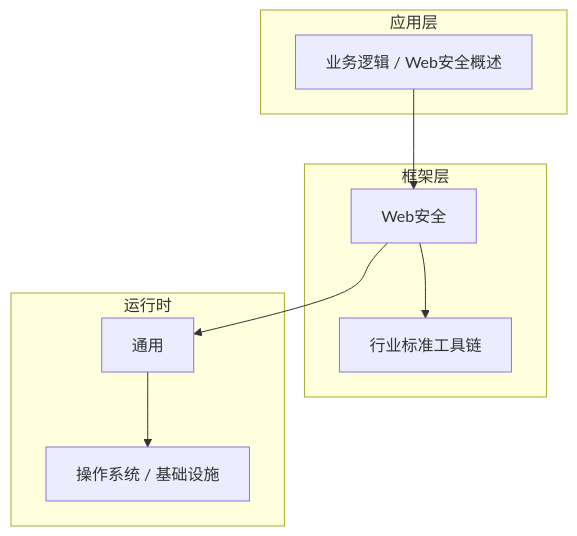
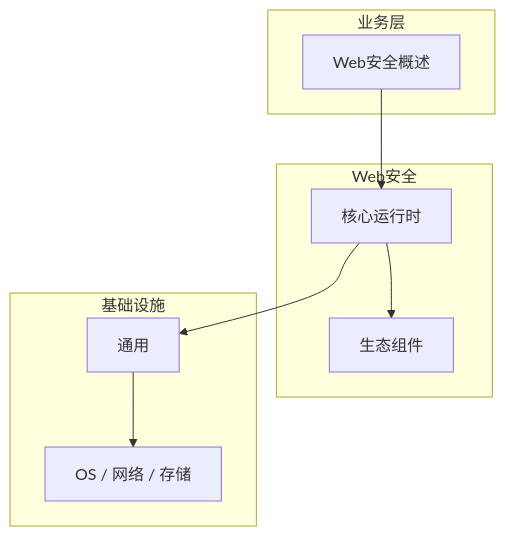
One commit to yanggan2015/knowledge-json-v2 changed the diagram in articles/Web安全/chapters/001-Web安全概述核心概念与原理.md. Above: the diagram before and after it, drawn with Mermaid. The commit also changed other lines of this file and 10127 other files, not shown here.

````diff
--- a/articles/Web安全/chapters/001-Web安全概述核心概念与原理.md
+++ b/articles/Web安全/chapters/001-Web安全概述核心概念与原理.md
@@ -46,18 +31,18 @@
 ```mermaid
 graph TB
-    subgraph 应用层
-        A[业务逻辑 / Web安全概述]
+    subgraph 业务层
+        A[Web安全概述]
     end
-    subgraph 框架层
-        B[Web安全]
-        C[行业标准工具链]
+    subgraph Web安全
+        B[核心运行时]
+        C[生态组件]
     end
-    subgraph 运行时
+    subgraph 基础设施
         D[通用]
-        E[操作系统 / 基础设施]
+        E[OS / 网络 / 存储]
     end
     A --> B
     B --> C
     B --> D
     D --> E
 ```
````
